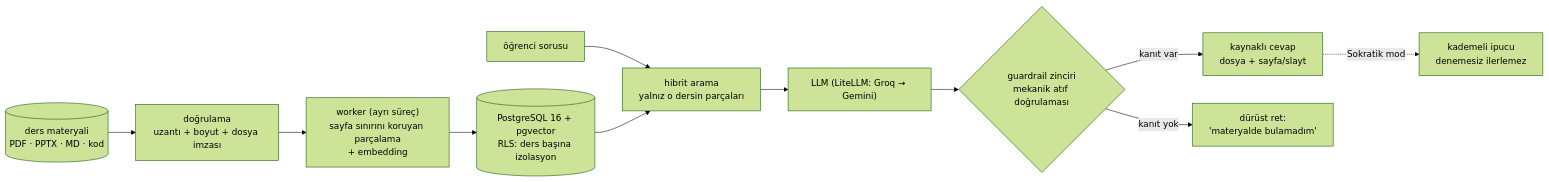
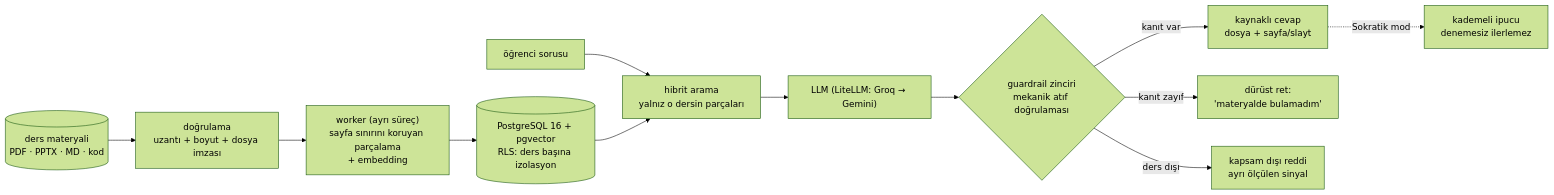
Before and after one commit to muratcan-ates/DOU-Synapse: the diagram in README.md, drawn with Mermaid (forest theme). The commit also changed other lines of this file and 8 other files, not shown here.

````diff
--- a/README.md
+++ b/README.md
@@ -241,13 +309,14 @@
 ```mermaid
 flowchart LR
     M[("ders materyali<br/>PDF · PPTX · MD · kod")] --> V["doğrulama<br/>uzantı + boyut + dosya imzası"]
     V --> W["worker (ayrı süreç)<br/>sayfa sınırını koruyan parçalama<br/>+ embedding"]
     W --> DB[("PostgreSQL 16 + pgvector<br/>RLS: ders başına izolasyon")]
     S["öğrenci sorusu"] --> R["hibrit arama<br/>yalnız o dersin parçaları"]
     DB --> R
     R --> L["LLM (LiteLLM: Groq → Gemini)"]
     L --> G{"guardrail zinciri<br/>mekanik atıf doğrulaması"}
     G -->|"kanıt var"| C["kaynaklı cevap<br/>dosya + sayfa/slayt"]
-    G -->|"kanıt yok"| A["dürüst ret:<br/>'materyalde bulamadım'"]
+    G -->|"kanıt zayıf"| A["dürüst ret:<br/>'materyalde bulamadım'"]
+    G -->|"ders dışı"| O["kapsam dışı reddi<br/>ayrı ölçülen sinyal"]
     C -.->|"Sokratik mod"| SM["kademeli ipucu<br/>denemesiz ilerlemez"]
 ```
````
